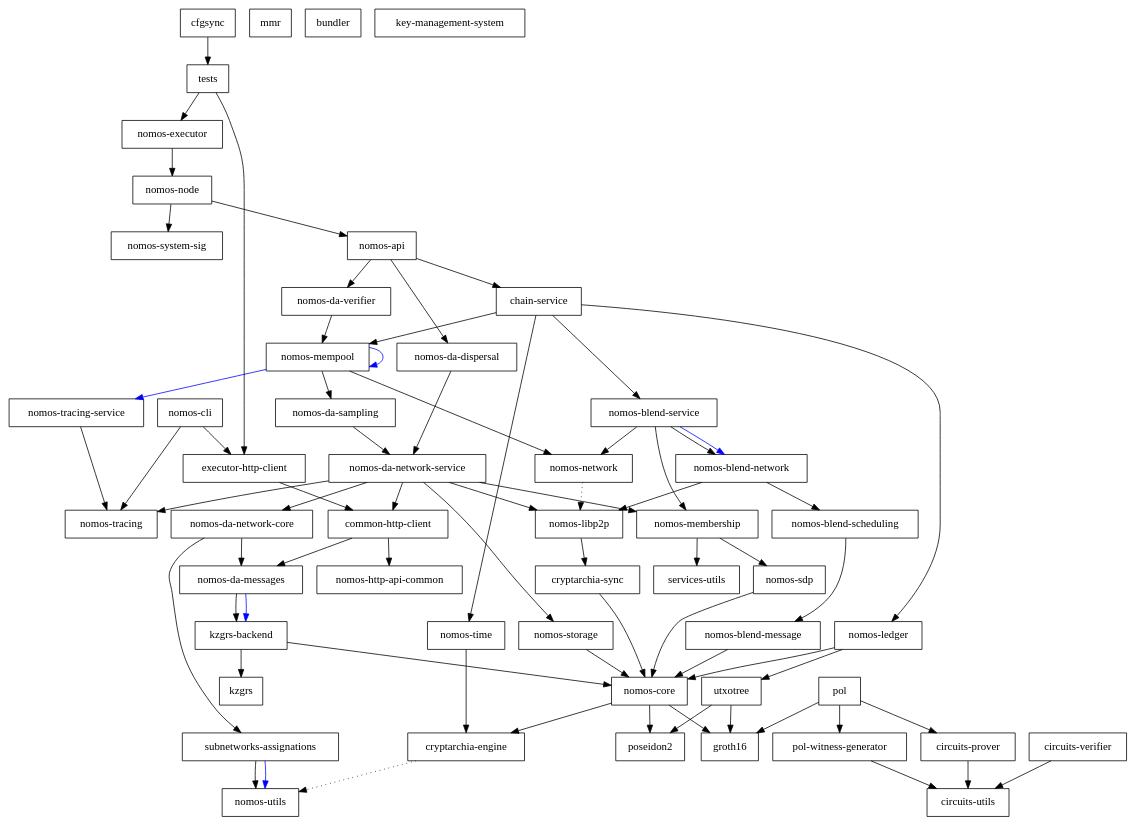
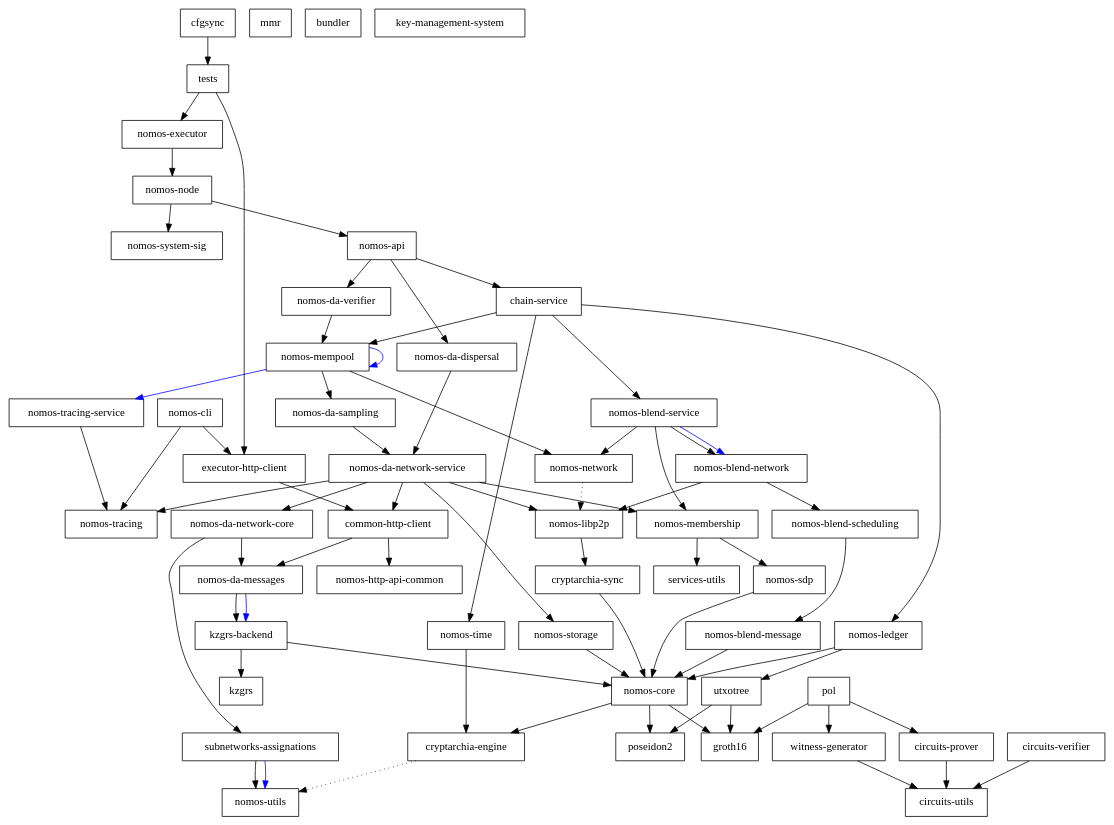
Before and after one commit to logos-co/nomos: the diagram in dependencies_graph.dot, drawn with Graphviz.

Commit message:
Graph update

```diff
--- a/dependencies_graph.dot
+++ b/dependencies_graph.dot
@@ -1,122 +1,122 @@
 digraph {
     0 [ label = "cryptarchia-engine" shape = box]
     1 [ label = "nomos-utils" shape = box]
     2 [ label = "cryptarchia-sync" shape = box]
     3 [ label = "nomos-core" shape = box]
     4 [ label = "groth16" shape = box]
     5 [ label = "poseidon2" shape = box]
     6 [ label = "nomos-ledger" shape = box]
     7 [ label = "utxotree" shape = box]
     8 [ label = "mmr" shape = box]
     9 [ label = "nomos-http-api-common" shape = box]
     10 [ label = "nomos-executor" shape = box]
     11 [ label = "kzgrs-backend" shape = box]
     12 [ label = "kzgrs" shape = box]
     13 [ label = "nomos-api" shape = box]
     14 [ label = "chain-service" shape = box]
     15 [ label = "nomos-blend-service" shape = box]
     16 [ label = "nomos-blend-message" shape = box]
     17 [ label = "nomos-blend-network" shape = box]
     18 [ label = "nomos-blend-scheduling" shape = box]
     19 [ label = "nomos-libp2p" shape = box]
     20 [ label = "nomos-membership" shape = box]
     21 [ label = "nomos-sdp" shape = box]
     22 [ label = "services-utils" shape = box]
     23 [ label = "nomos-network" shape = box]
     24 [ label = "nomos-da-sampling" shape = box]
     25 [ label = "nomos-da-network-core" shape = box]
     26 [ label = "nomos-da-messages" shape = box]
     27 [ label = "subnetworks-assignations" shape = box]
     28 [ label = "nomos-da-network-service" shape = box]
     29 [ label = "common-http-client" shape = box]
     30 [ label = "nomos-storage" shape = box]
     31 [ label = "nomos-tracing" shape = box]
     32 [ label = "nomos-mempool" shape = box]
     33 [ label = "nomos-tracing-service" shape = box]
     34 [ label = "nomos-time" shape = box]
     35 [ label = "nomos-da-dispersal" shape = box]
     36 [ label = "nomos-da-verifier" shape = box]
     37 [ label = "nomos-node" shape = box]
     38 [ label = "nomos-system-sig" shape = box]
     39 [ label = "executor-http-client" shape = box]
     40 [ label = "bundler" shape = box]
     41 [ label = "nomos-cli" shape = box]
     42 [ label = "key-management-system" shape = box]
     43 [ label = "cfgsync" shape = box]
     44 [ label = "tests" shape = box]
     45 [ label = "circuits-prover" shape = box]
     46 [ label = "circuits-utils" shape = box]
     47 [ label = "circuits-verifier" shape = box]
-    48 [ label = "pol-witness-generator" shape = box]
+    48 [ label = "witness-generator" shape = box]
     49 [ label = "pol" shape = box]
     0 -> 1 [ style = dotted]
     2 -> 3 [ ]
     3 -> 0 [ ]
     3 -> 4 [ ]
     3 -> 5 [ ]
     6 -> 3 [ ]
     6 -> 7 [ ]
     7 -> 4 [ ]
     7 -> 5 [ ]
     10 -> 37 [ ]
     11 -> 12 [ ]
     11 -> 3 [ ]
     13 -> 14 [ ]
     13 -> 35 [ ]
     13 -> 36 [ ]
     14 -> 15 [ ]
     14 -> 6 [ ]
     14 -> 32 [ ]
     14 -> 34 [ ]
     15 -> 17 [ ]
     15 -> 17 [ color = blue]
     15 -> 20 [ ]
     15 -> 23 [ ]
     16 -> 3 [ ]
     17 -> 18 [ ]
     17 -> 19 [ ]
     18 -> 16 [ ]
     19 -> 2 [ ]
     20 -> 21 [ ]
     20 -> 22 [ ]
     21 -> 3 [ ]
     23 -> 19 [ style = dotted]
     24 -> 28 [ ]
     25 -> 26 [ ]
     25 -> 27 [ ]
     26 -> 11 [ ]
     26 -> 11 [ color = blue]
     27 -> 1 [ ]
     27 -> 1 [ color = blue]
     28 -> 29 [ ]
     28 -> 25 [ ]
     28 -> 19 [ ]
     28 -> 20 [ ]
     28 -> 30 [ ]
     28 -> 31 [ ]
     29 -> 26 [ ]
     29 -> 9 [ ]
     30 -> 3 [ ]
     32 -> 24 [ ]
     32 -> 32 [ color = blue]
     32 -> 23 [ ]
     32 -> 33 [ color = blue]
     33 -> 31 [ ]
     34 -> 0 [ ]
     35 -> 28 [ ]
     36 -> 32 [ ]
     37 -> 13 [ ]
     37 -> 38 [ ]
     39 -> 29 [ ]
     41 -> 39 [ ]
     41 -> 31 [ ]
     43 -> 44 [ ]
     44 -> 39 [ ]
     44 -> 10 [ ]
     45 -> 46 [ ]
     47 -> 46 [ ]
     48 -> 46 [ ]
     49 -> 45 [ ]
     49 -> 4 [ ]
     49 -> 48 [ ]
 }
```
